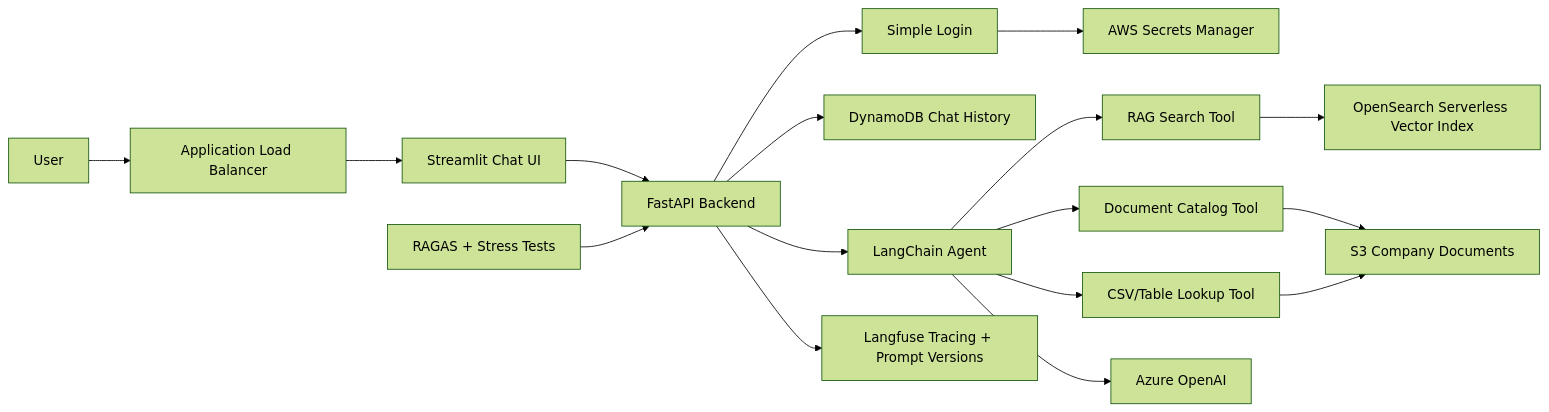
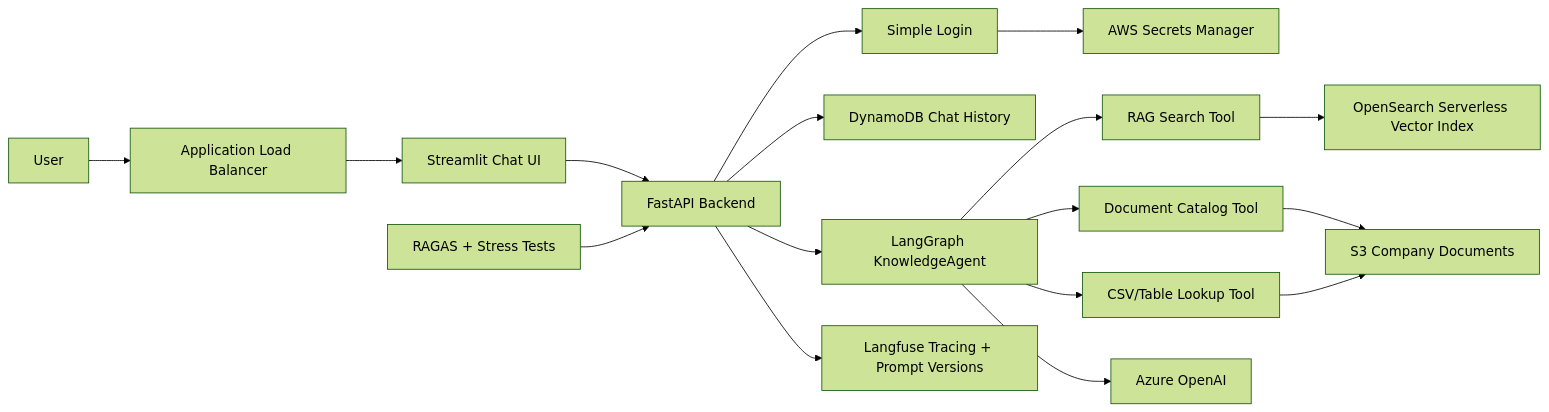
Before and after one commit to sabin262/dstrmaysam_healthcare_knowledge_agent: the diagram in internal_company_knowledge_assistant_plan.md, drawn with Mermaid (forest theme). The commit also changed other lines of this file and 46 other files, not shown here.

````diff
--- a/internal_company_knowledge_assistant_plan.md
+++ b/internal_company_knowledge_assistant_plan.md
@@ -7,19 +7,19 @@
 ```mermaid
 flowchart LR
   User --> ALB[Application Load Balancer]
   ALB --> UI[Streamlit Chat UI]
   UI --> API[FastAPI Backend]
   API --> Auth[Simple Login]
   Auth --> Secrets[AWS Secrets Manager]
   API --> History[DynamoDB Chat History]
-  API --> Agent[LangChain Agent]
+  API --> Agent[LangGraph KnowledgeAgent]
   Agent --> RAG[RAG Search Tool]
   Agent --> Catalog[Document Catalog Tool]
   Agent --> Table[CSV/Table Lookup Tool]
   RAG --> OpenSearch[OpenSearch Serverless Vector Index]
   Catalog --> S3[S3 Company Documents]
   Table --> S3
   Agent --> Azure[Azure OpenAI]
   API --> Langfuse[Langfuse Tracing + Prompt Versions]
   Evals[RAGAS + Stress Tests] --> API
 ```
````
